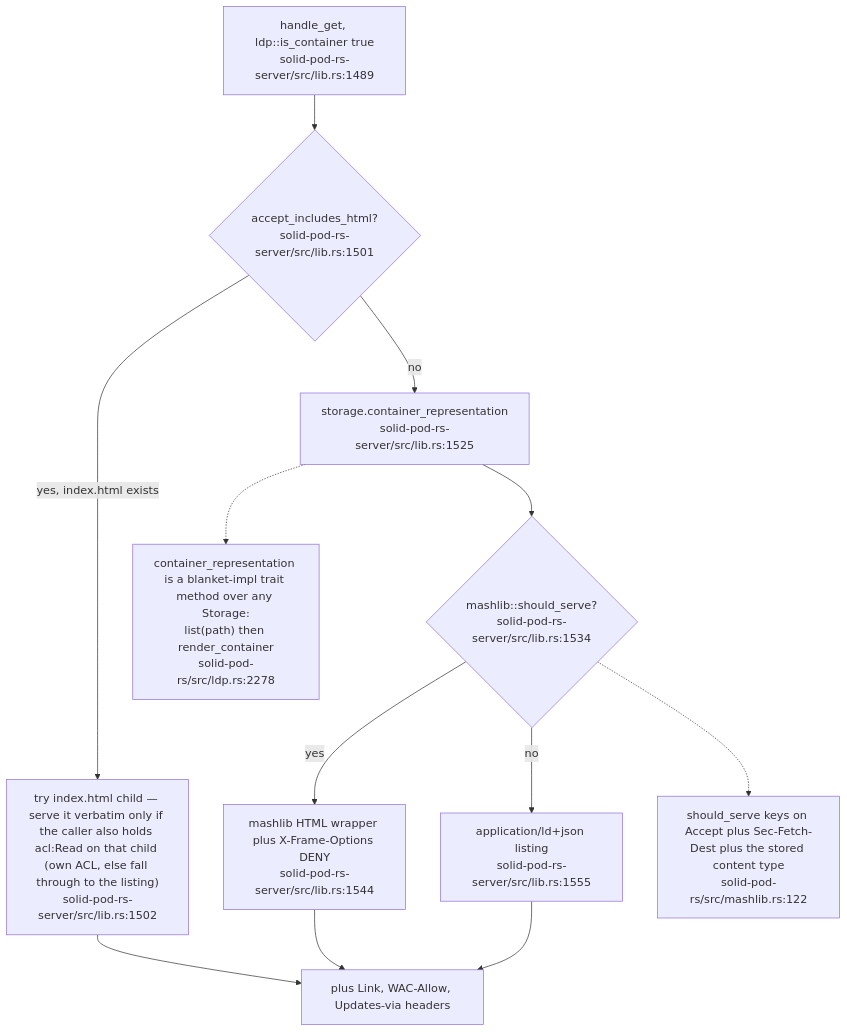
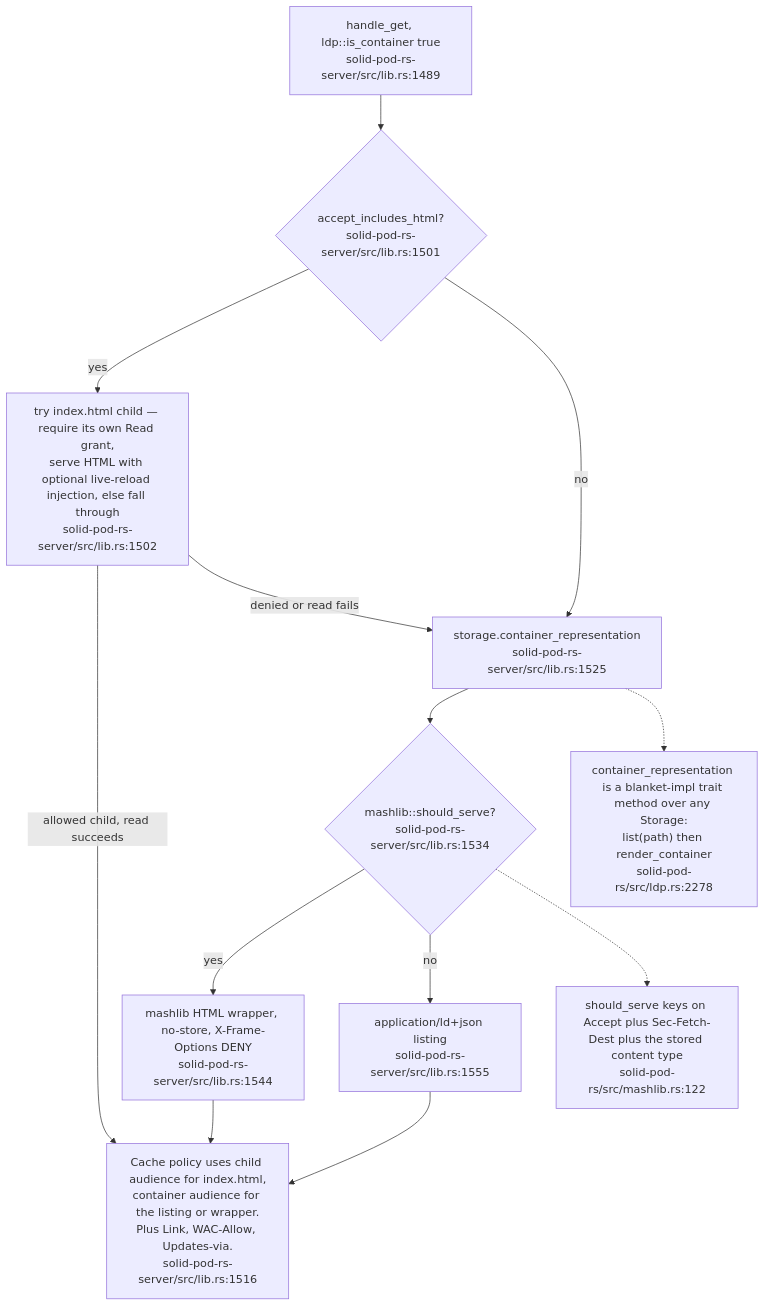
One commit to DreamLab-AI/VisionFlow changed the second of 11 diagrams in docs/diagrams/solid-pod-rs/03-ldp-request-lifecycle.md. Above: the diagram before and after it, drawn with Mermaid. The commit also changed other lines of this file and 30 other files, not shown here.

Commit message:
docs: audit Solid HTTP ACL admission and delivery contracts

````diff
--- a/docs/diagrams/solid-pod-rs/03-ldp-request-lifecycle.md
+++ b/docs/diagrams/solid-pod-rs/03-ldp-request-lifecycle.md
@@ -57,24 +58,25 @@
 ```mermaid
 flowchart TD
     START["handle_get, ldp::is_container true<br/>solid-pod-rs-server/src/lib.rs:1489"]
     HTML{"accept_includes_html?<br/>solid-pod-rs-server/src/lib.rs:1501"}
-    IDX["try index.html child — serve it verbatim only if the caller also holds acl:Read on that child (own ACL, else fall through to the listing)<br/>solid-pod-rs-server/src/lib.rs:1502"]
+    IDX["try index.html child — require its own Read grant,<br/>serve HTML with optional live-reload injection, else fall through<br/>solid-pod-rs-server/src/lib.rs:1502"]
     REP["storage.container_representation<br/>solid-pod-rs-server/src/lib.rs:1525"]
     MASH{"mashlib::should_serve?<br/>solid-pod-rs-server/src/lib.rs:1534"}
-    MHTML["mashlib HTML wrapper plus X-Frame-Options DENY<br/>solid-pod-rs-server/src/lib.rs:1544"]
+    MHTML["mashlib HTML wrapper, no-store, X-Frame-Options DENY<br/>solid-pod-rs-server/src/lib.rs:1544"]
     JSONLD["application/ld+json listing<br/>solid-pod-rs-server/src/lib.rs:1555"]
-    DONE["plus Link, WAC-Allow, Updates-via headers"]
+    DONE["Cache policy uses child audience for index.html,<br/>container audience for the listing or wrapper.<br/>Plus Link, WAC-Allow, Updates-via.<br/>solid-pod-rs-server/src/lib.rs:1516"]
 
     START --> HTML
-    HTML -- "yes, index.html exists" --> IDX
+    HTML -- yes --> IDX
     HTML -- no --> REP
-    IDX --> DONE
+    IDX -- "allowed child, read succeeds" --> DONE
+    IDX -- "denied or read fails" --> REP
     REP --> MASH
     MASH -- yes --> MHTML --> DONE
     MASH -- no --> JSONLD --> DONE
 
     N["container_representation is a blanket-impl trait method over any Storage:<br/>list(path) then render_container<br/>solid-pod-rs/src/ldp.rs:2278"]
     REP -.-> N
     N2["should_serve keys on Accept plus Sec-Fetch-Dest plus the stored content type<br/>solid-pod-rs/src/mashlib.rs:122"]
     MASH -.-> N2
 ```
````
